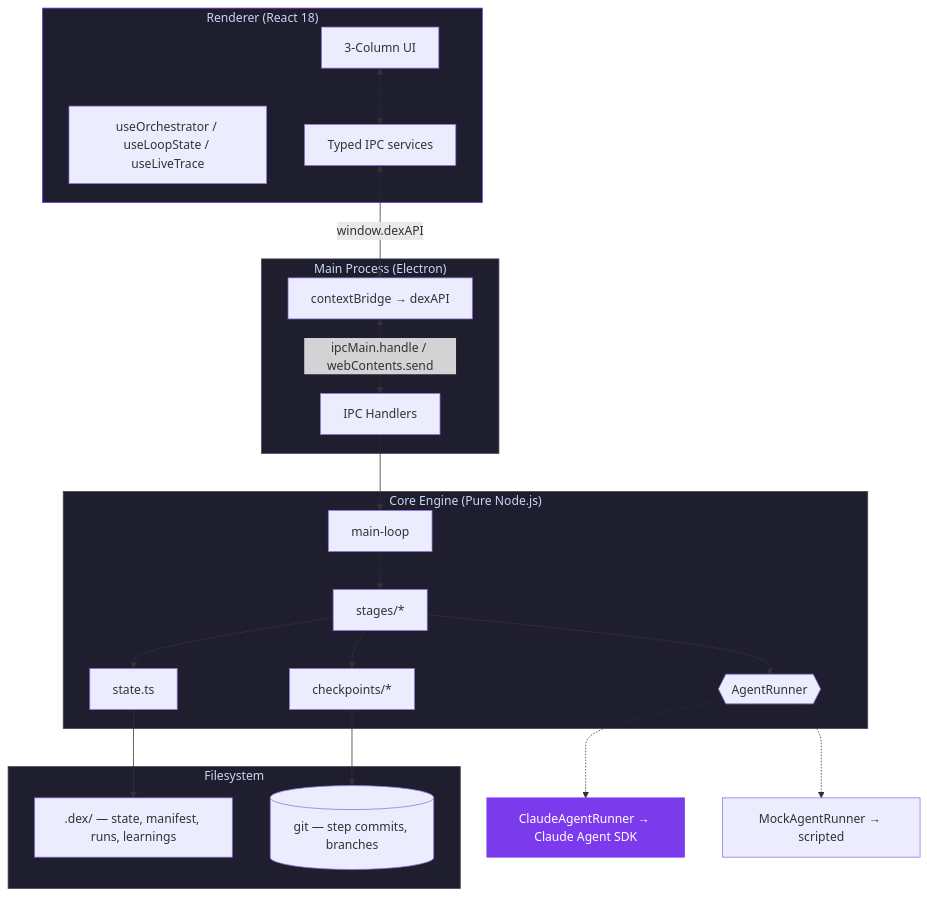
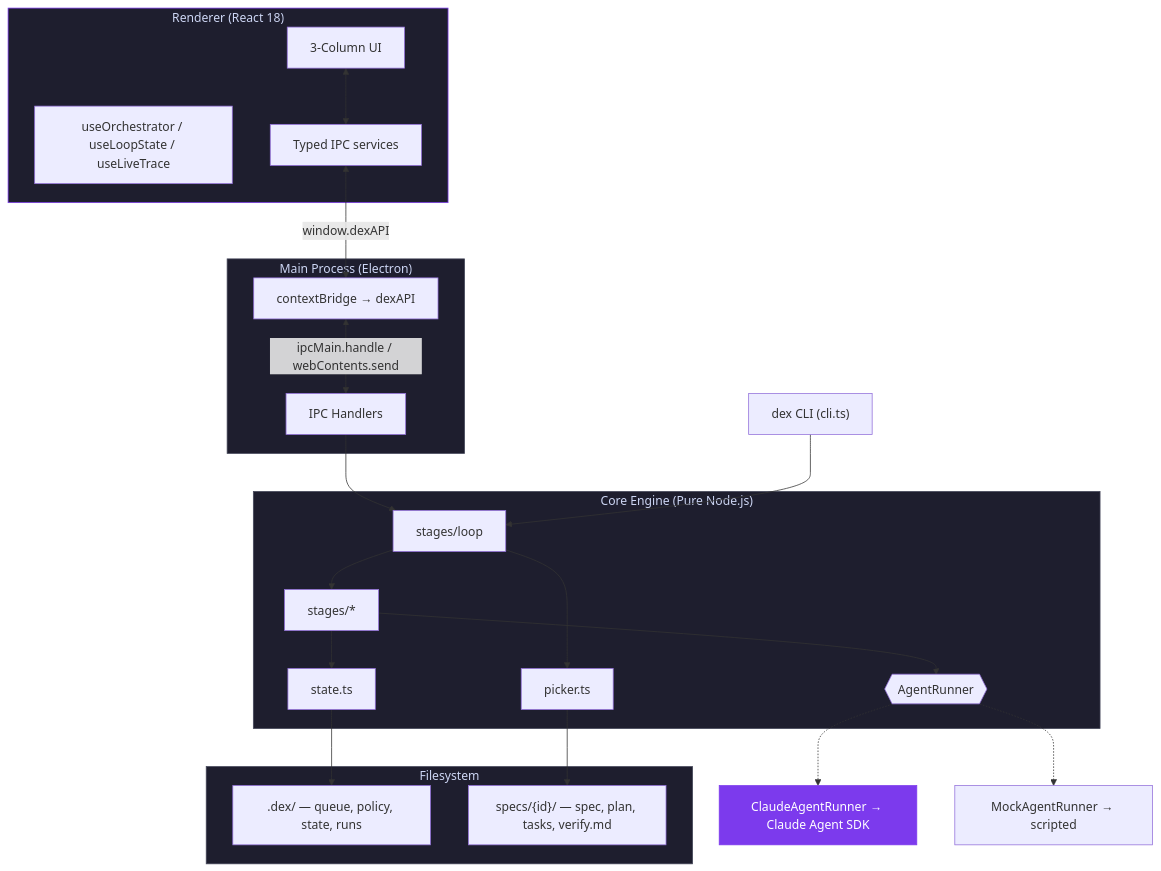
One commit to lukaskellerstein/dex changed the diagram in README.md. Above: the diagram before and after it, drawn with Mermaid. The commit also changed other lines of this file and 206 other files, not shown here.

First line of the commit message:
Lean core: a queue-driven loop, a policy file and the `dex run` CLI (015)

````diff
--- a/README.md
+++ b/README.md
@@ -112,48 +92,51 @@
 ```mermaid
 graph TD
     subgraph Renderer["Renderer (React 18)"]
         UI["3-Column UI"]
         Hooks["useOrchestrator / useLoopState / useLiveTrace"]
         Svc["Typed IPC services"]
     end
 
     subgraph Main["Main Process (Electron)"]
         IPC["IPC Handlers"]
         Preload["contextBridge → dexAPI"]
     end
 
     subgraph Core["Core Engine (Pure Node.js)"]
-        Loop["main-loop"]
+        Loop["stages/loop"]
+        Picker["picker.ts"]
         Stages["stages/*"]
-        Ckpt["checkpoints/*"]
         State["state.ts"]
         Runner{{"AgentRunner"}}
     end
 
+    CLI["dex CLI (cli.ts)"]
+
     subgraph FS["Filesystem"]
-        Proj[".dex/ — state, manifest, runs, learnings"]
-        Git[("git — step commits, branches")]
+        Proj[".dex/ — queue, policy, state, runs"]
+        Specs["specs/{id}/ — spec, plan, tasks, verify.md"]
     end
 
     Claude["ClaudeAgentRunner → Claude Agent SDK"]
     Mock["MockAgentRunner → scripted"]
 
     UI <--> Svc
     Svc <-->|"window.dexAPI"| Preload
     Preload <-->|"ipcMain.handle / webContents.send"| IPC
     IPC --> Loop
+    CLI --> Loop
+    Loop --> Picker
+    Picker --> Specs
     Loop --> Stages
     Stages --> Runner
-    Stages --> Ckpt
     Stages --> State
     Runner -.-> Claude
     Runner -.-> Mock
     State --> Proj
-    Ckpt --> Git
 
     style Renderer fill:#1E1E2E,stroke:#7C3AED,color:#CDD6F4
     style Main fill:#1E1E2E,stroke:#45475A,color:#CDD6F4
     style Core fill:#1E1E2E,stroke:#45475A,color:#CDD6F4
     style FS fill:#1E1E2E,stroke:#45475A,color:#CDD6F4
     style Claude fill:#7C3AED,stroke:#7C3AED,color:#FFF
 ```
````
